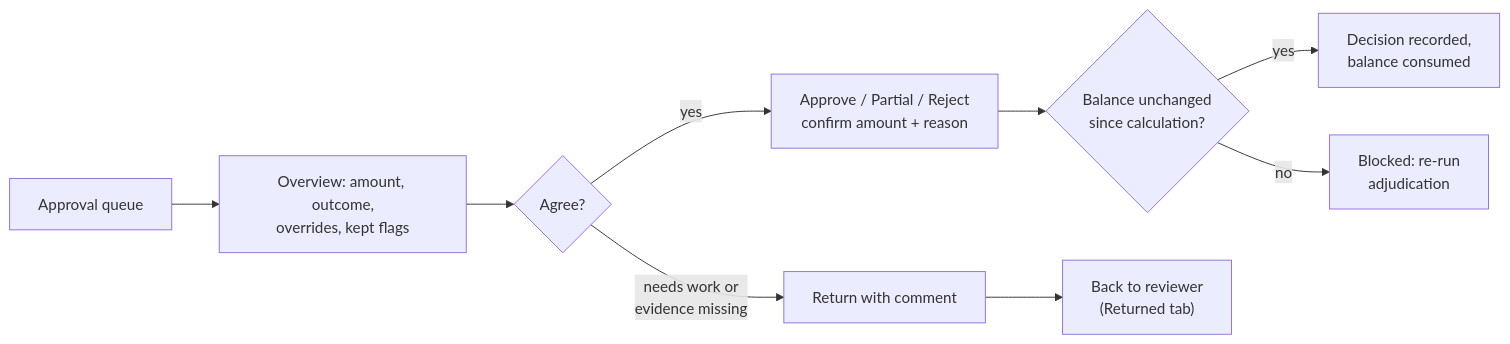
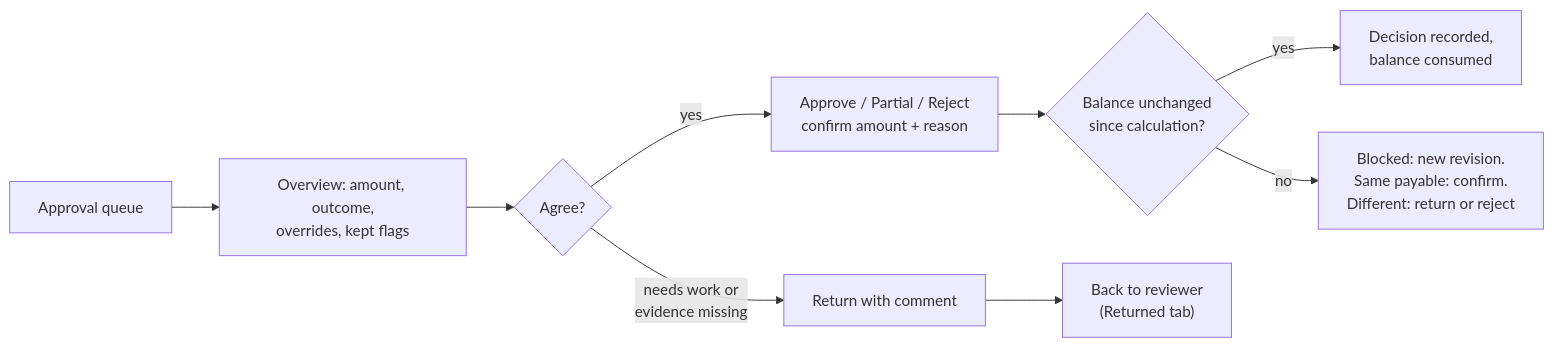
The fourth of 4 diagrams in docs/04-information-architecture.md (cuonglpv/PMDC-AITHUCCHIEN), drawn with Mermaid before and after one commit. The commit also changed other lines of this file and 35 other files, not shown here.

````diff
--- a/docs/04-information-architecture.md
+++ b/docs/04-information-architecture.md
@@ -218,8 +218,8 @@
 ```mermaid
 flowchart LR
     a["Approval queue"] --> b["Overview: amount, outcome,<br/>overrides, kept flags"] --> c{"Agree?"}
     c -->|yes| d["Approve / Partial / Reject<br/>confirm amount + reason"] --> bal{"Balance unchanged<br/>since calculation?"}
     bal -->|yes| e["Decision recorded,<br/>balance consumed"]
-    bal -->|no| rc["Blocked: re-run<br/>adjudication"]
+    bal -->|no| rc["Blocked: new revision.<br/>Same payable: confirm.<br/>Different: return or reject"]
     c -->|"needs work or<br/>evidence missing"| f["Return with comment"] --> g["Back to reviewer<br/>(Returned tab)"]
 ```
````
